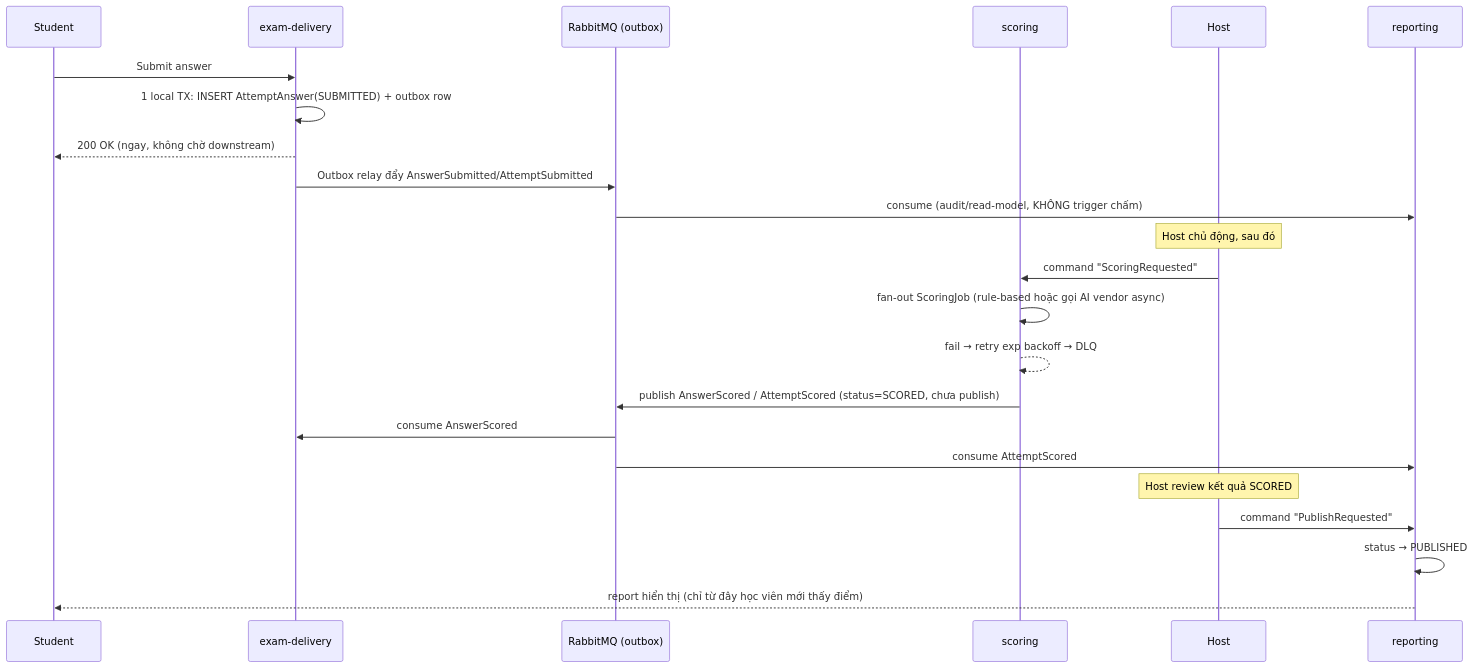
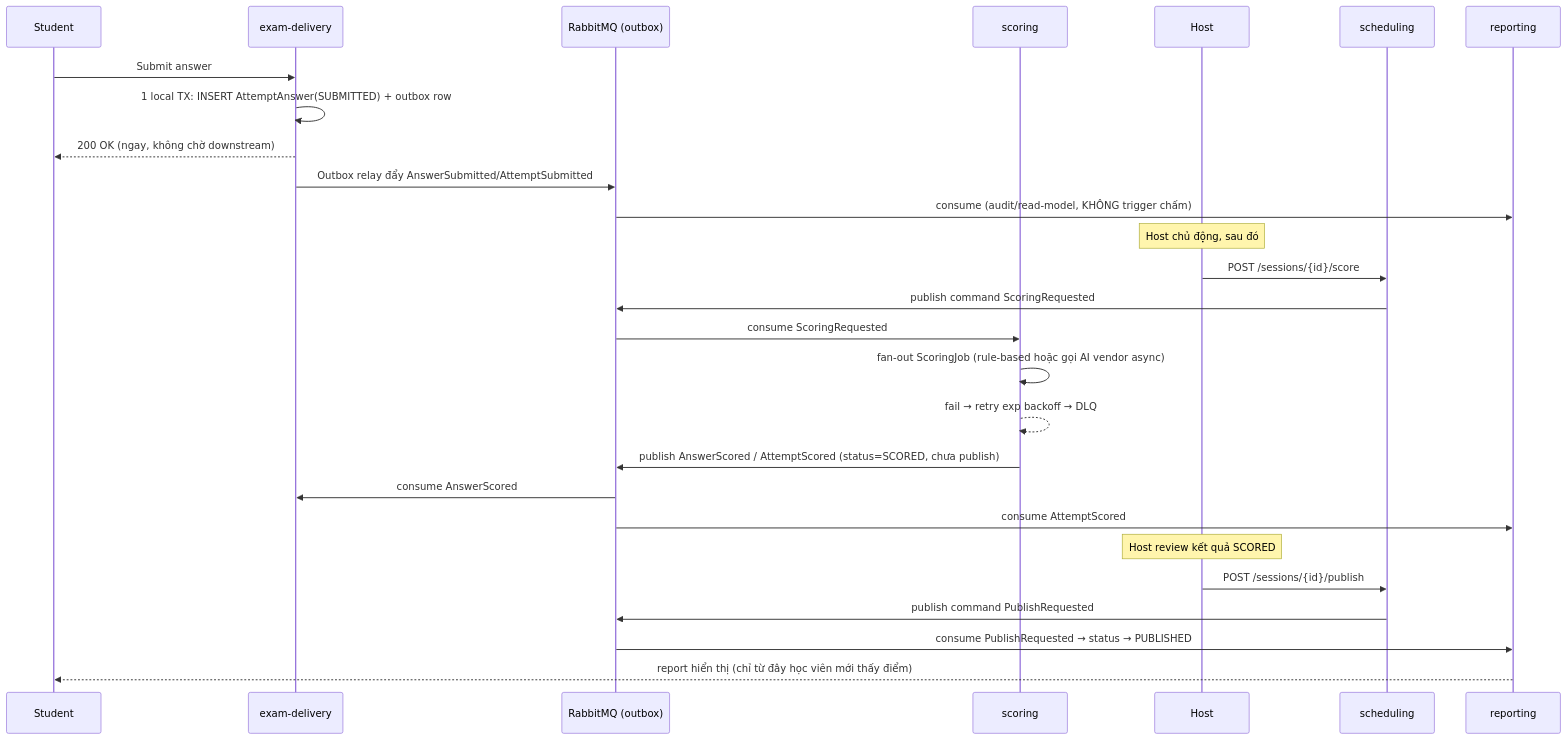
The diagram in content/mini-projects/pte-platform/04-event-driven-saga.md (DangQuangSE/dev-blog), drawn with Mermaid before and after one commit. The commit also changed other lines of this file and 4 other files, not shown here.

````diff
--- a/content/mini-projects/pte-platform/04-event-driven-saga.md
+++ b/content/mini-projects/pte-platform/04-event-driven-saga.md
@@ -25,28 +94,32 @@
 ```mermaid
 sequenceDiagram
     participant S as Student
     participant ED as exam-delivery
     participant MQ as RabbitMQ (outbox)
     participant SC as scoring
     participant H as Host
+    participant SCH as scheduling
     participant RP as reporting
 
     S->>ED: Submit answer
     ED->>ED: 1 local TX: INSERT AttemptAnswer(SUBMITTED) + outbox row
     ED-->>S: 200 OK (ngay, không chờ downstream)
     ED->>MQ: Outbox relay đẩy AnswerSubmitted/AttemptSubmitted
     MQ->>RP: consume (audit/read-model, KHÔNG trigger chấm)
 
     Note over H: Host chủ động, sau đó
-    H->>SC: command "ScoringRequested"
+    H->>SCH: POST /sessions/{id}/score
+    SCH->>MQ: publish command ScoringRequested
+    MQ->>SC: consume ScoringRequested
     SC->>SC: fan-out ScoringJob (rule-based hoặc gọi AI vendor async)
     SC-->>SC: fail → retry exp backoff → DLQ
     SC->>MQ: publish AnswerScored / AttemptScored (status=SCORED, chưa publish)
     MQ->>ED: consume AnswerScored
     MQ->>RP: consume AttemptScored
 
     Note over H: Host review kết quả SCORED
-    H->>RP: command "PublishRequested"
-    RP->>RP: status → PUBLISHED
+    H->>SCH: POST /sessions/{id}/publish
+    SCH->>MQ: publish command PublishRequested
+    MQ->>RP: consume PublishRequested → status → PUBLISHED
     RP-->>S: report hiển thị (chỉ từ đây học viên mới thấy điểm)
 ```
````
